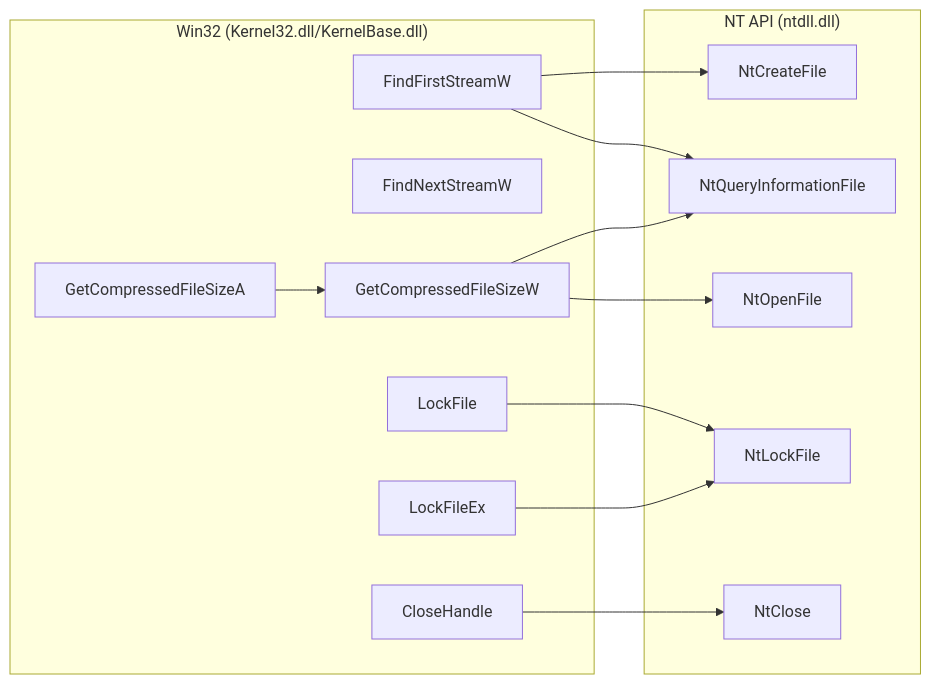
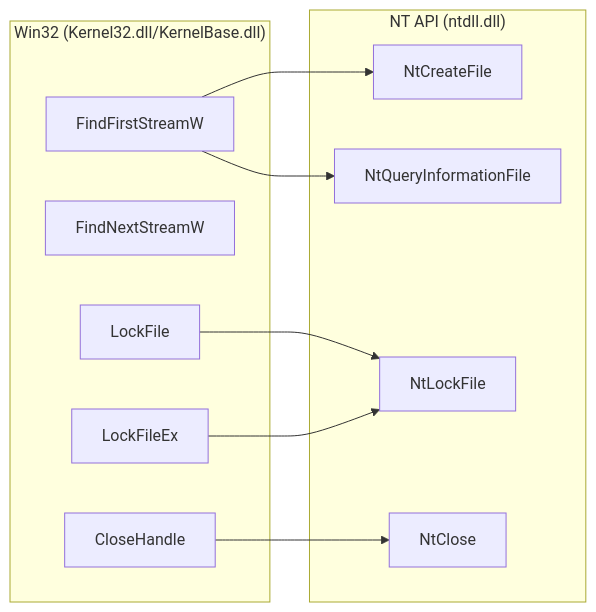
Before and after one commit to Sewer56/vfs-writeup: the tenth of 10 diagrams in docs/index.md, drawn with Mermaid. The commit also changed other lines of this file, not shown here.

Commit message:
Moved: GetCompressedFileSize APIs to better sections.

````diff
--- a/docs/index.md
+++ b/docs/index.md
@@ -612,30 +621,24 @@
 ```mermaid
 flowchart LR
     subgraph Win32["Win32 (Kernel32.dll/KernelBase.dll)"]
     FindFirstStreamW
     FindNextStreamW
-    GetCompressedFileSizeA
-    GetCompressedFileSizeW
     LockFile
     LockFileEx
     CloseHandle
 
-    GetCompressedFileSizeA --> GetCompressedFileSizeW
     end
 
     subgraph NT["NT API (ntdll.dll)"]
     NtCreateFile
     NtQueryInformationFile
-    NtOpenFile
     NtLockFile
     NtClose
 
     FindFirstStreamW --> NtCreateFile
     FindFirstStreamW --> NtQueryInformationFile
-    GetCompressedFileSizeW --> NtOpenFile
-    GetCompressedFileSizeW --> NtQueryInformationFile
     LockFile --> NtLockFile
     LockFileEx --> NtLockFile
     CloseHandle --> NtClose
     end
 ```
````
